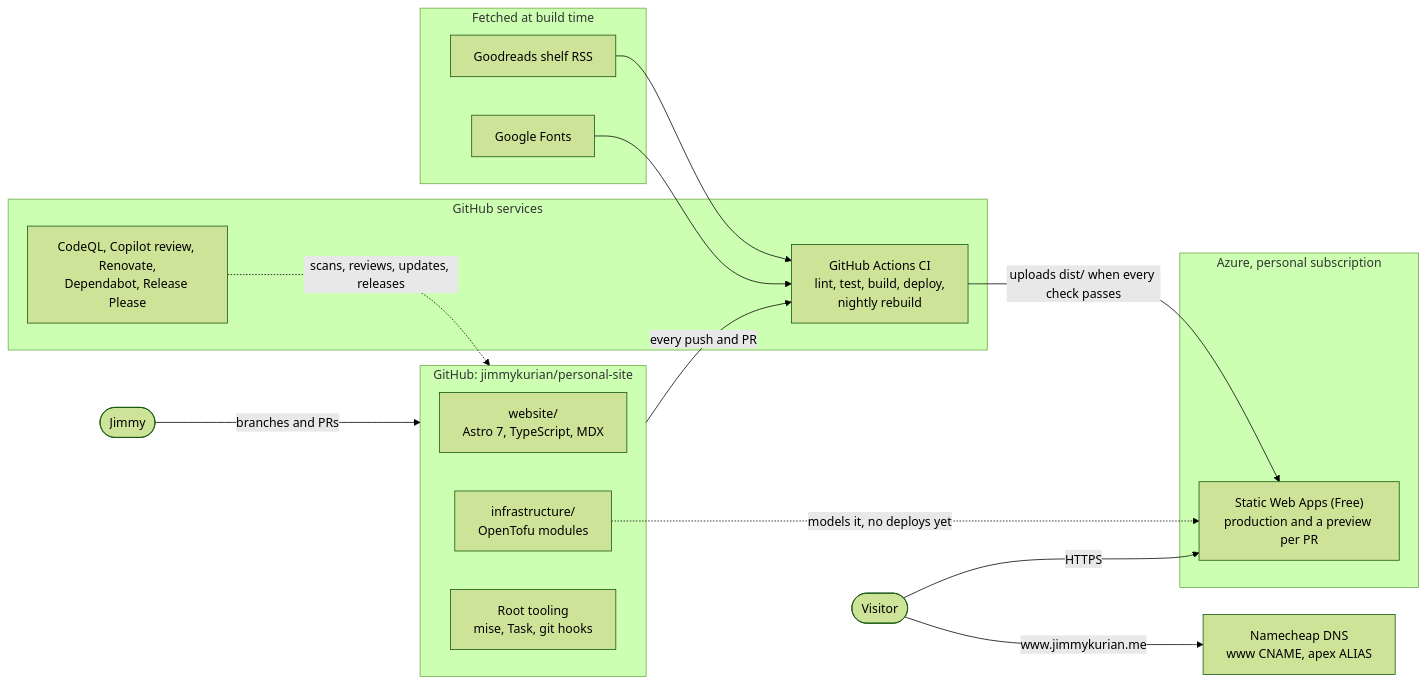
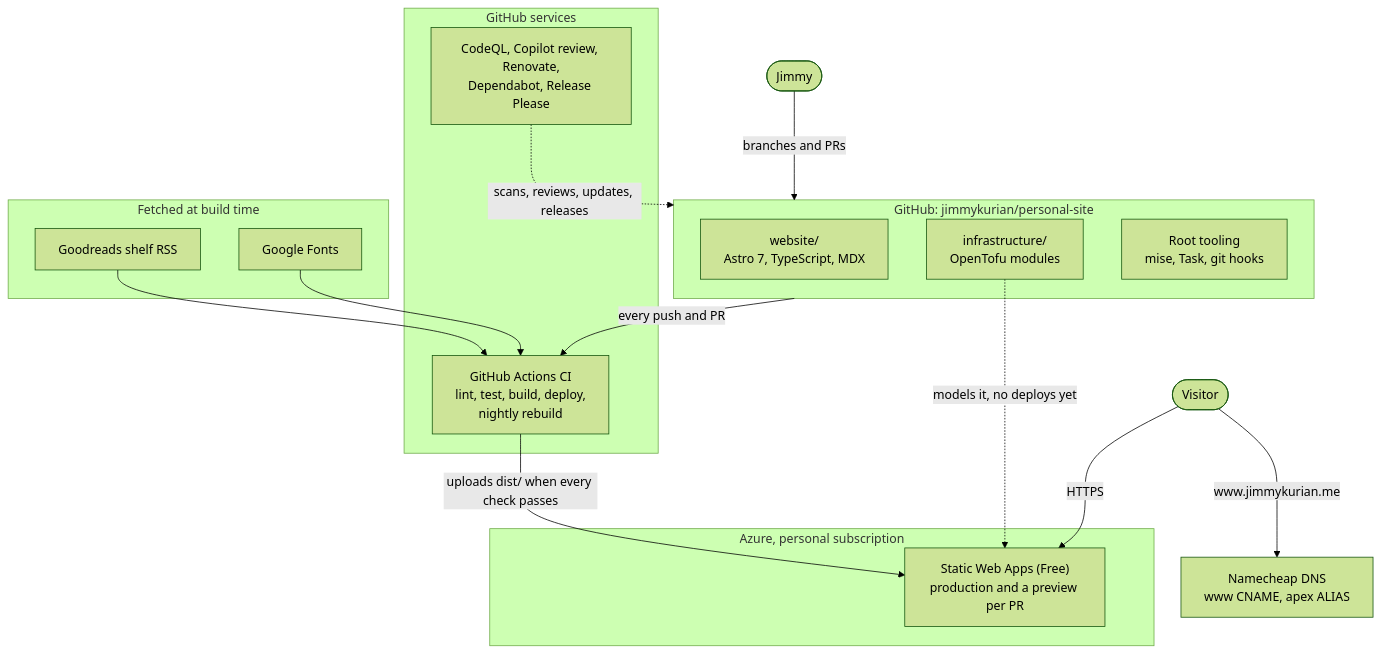
The diagram in README.md (jimmykurian/personal-site), drawn with Mermaid (forest theme) before and after one commit.

Commit message:
docs: lay out the system overview top to bottom
Left to right, GitHub scaled the diagram down to fit the README's width and
the labels were hard to read.

````diff
--- a/README.md
+++ b/README.md
@@ -67,36 +67,36 @@
 ```mermaid
-flowchart LR
+flowchart TB
     jimmy(["Jimmy"])
     visitor(["Visitor"])
 
     subgraph repo["GitHub: jimmykurian/personal-site"]
         website["website/<br/>Astro 7, TypeScript, MDX"]
         infra["infrastructure/<br/>OpenTofu modules"]
         tooling["Root tooling<br/>mise, Task, git hooks"]
     end
 
     subgraph github["GitHub services"]
         ci["GitHub Actions CI<br/>lint, test, build, deploy,<br/>nightly rebuild"]
         bots["CodeQL, Copilot review, Renovate,<br/>Dependabot, Release Please"]
     end
 
     subgraph inputs["Fetched at build time"]
         goodreads["Goodreads shelf RSS"]
         fonts["Google Fonts"]
     end
 
     subgraph azure["Azure, personal subscription"]
         swa["Static Web Apps (Free)<br/>production and a preview per PR"]
     end
 
     dns["Namecheap DNS<br/>www CNAME, apex ALIAS"]
 
     jimmy -- "branches and PRs" --> repo
     repo -- "every push and PR" --> ci
     bots -. "scans, reviews, updates, releases" .-> repo
     goodreads & fonts --> ci
     ci -- "uploads dist/ when every check passes" --> swa
     infra -. "models it, no deploys yet" .-> swa
     visitor -- "www.jimmykurian.me" --> dns
     visitor -- "HTTPS" --> swa
 ```
````
